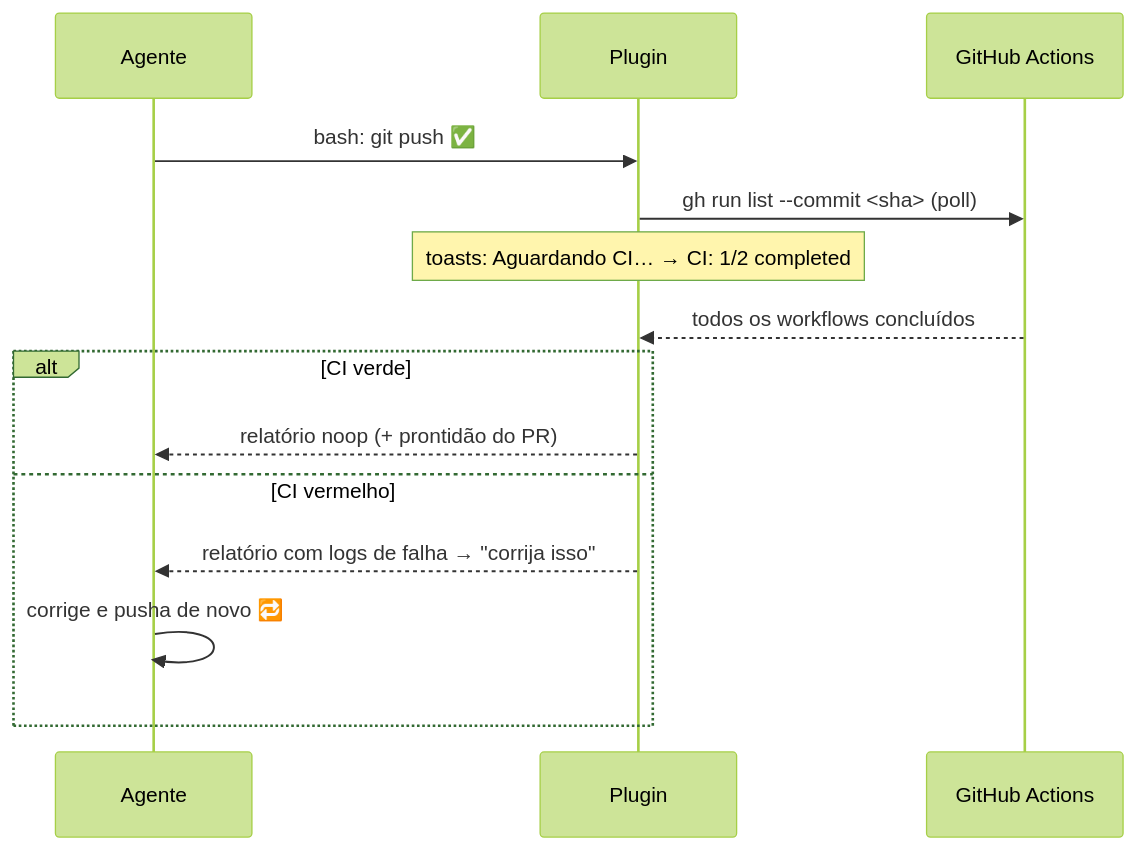
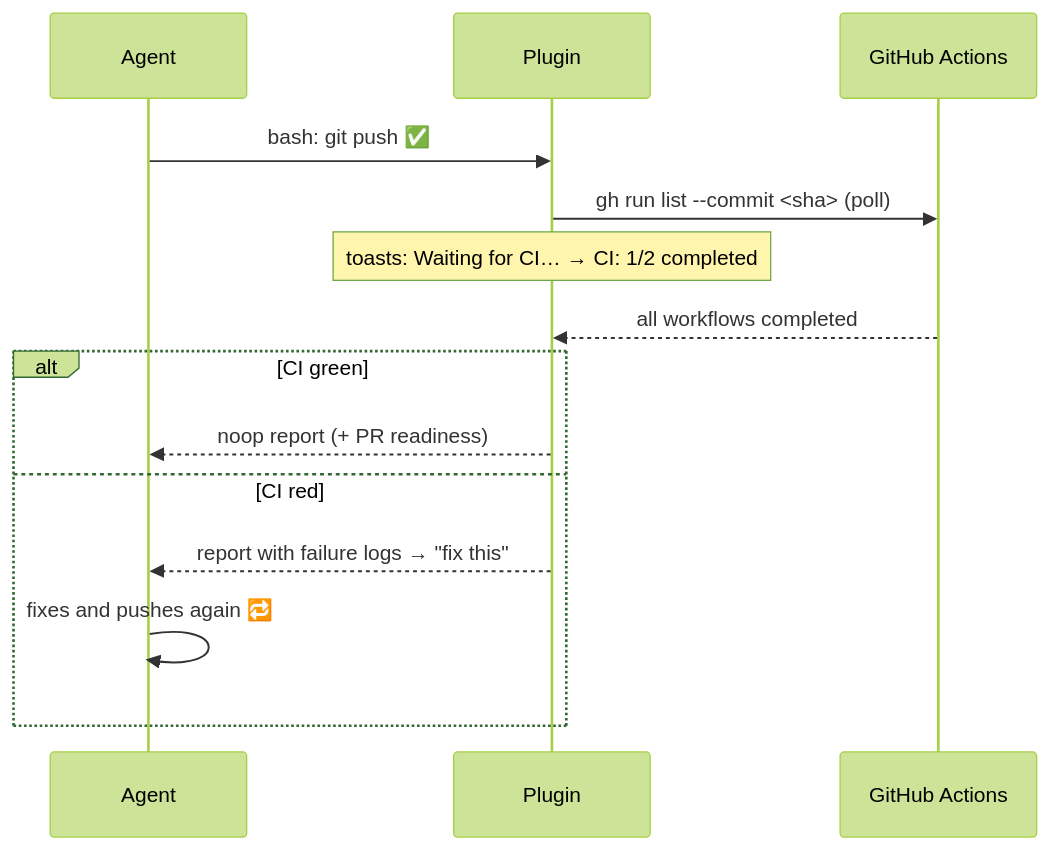
The diagram in README.md (rubimpassos/opencode-ci-loop), drawn with Mermaid (forest theme) before and after one commit. The commit also changed other lines of this file and 1 other file, not shown here.

Commit message:
docs: rewrite README in English with badges and flow diagram; add MIT LICENSE

````diff
--- a/README.md
+++ b/README.md
@@ -16,16 +16,16 @@
 ```mermaid
 sequenceDiagram
-    participant A as Agente
+    participant A as Agent
     participant P as Plugin
     participant GH as GitHub Actions
     A->>P: bash: git push ✅
     P->>GH: gh run list --commit <sha> (poll)
-    Note over P: toasts: Aguardando CI… → CI: 1/2 completed
-    GH-->>P: todos os workflows concluídos
-    alt CI verde
-        P-->>A: relatório noop (+ prontidão do PR)
-    else CI vermelho
-        P-->>A: relatório com logs de falha → "corrija isso"
-        A->>A: corrige e pusha de novo 🔁
+    Note over P: toasts: Waiting for CI… → CI: 1/2 completed
+    GH-->>P: all workflows completed
+    alt CI green
+        P-->>A: noop report (+ PR readiness)
+    else CI red
+        P-->>A: report with failure logs → "fix this"
+        A->>A: fixes and pushes again 🔁
     end
 ```
````
